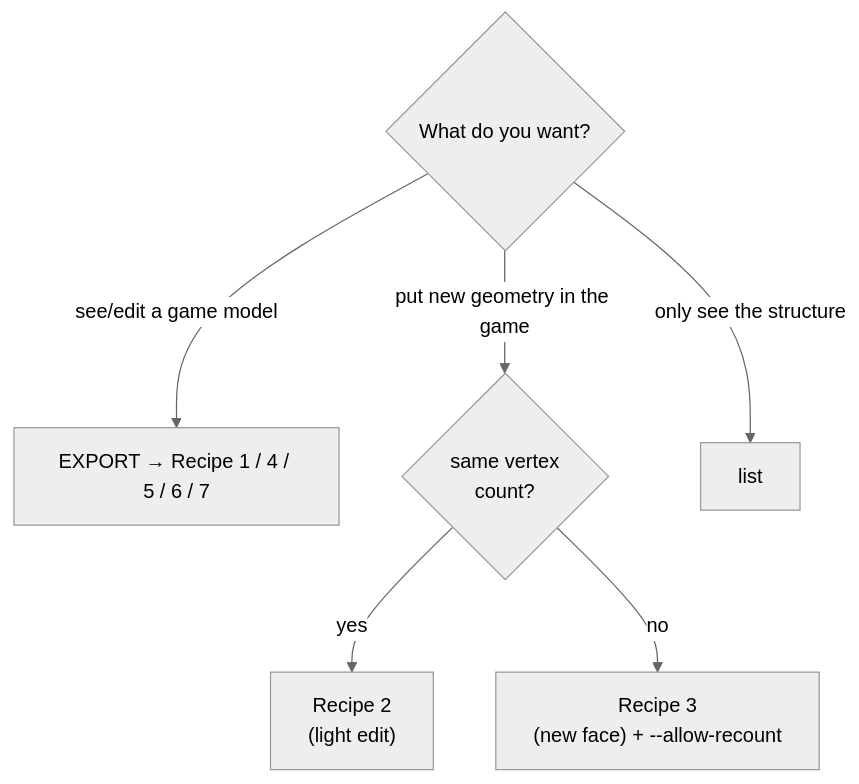
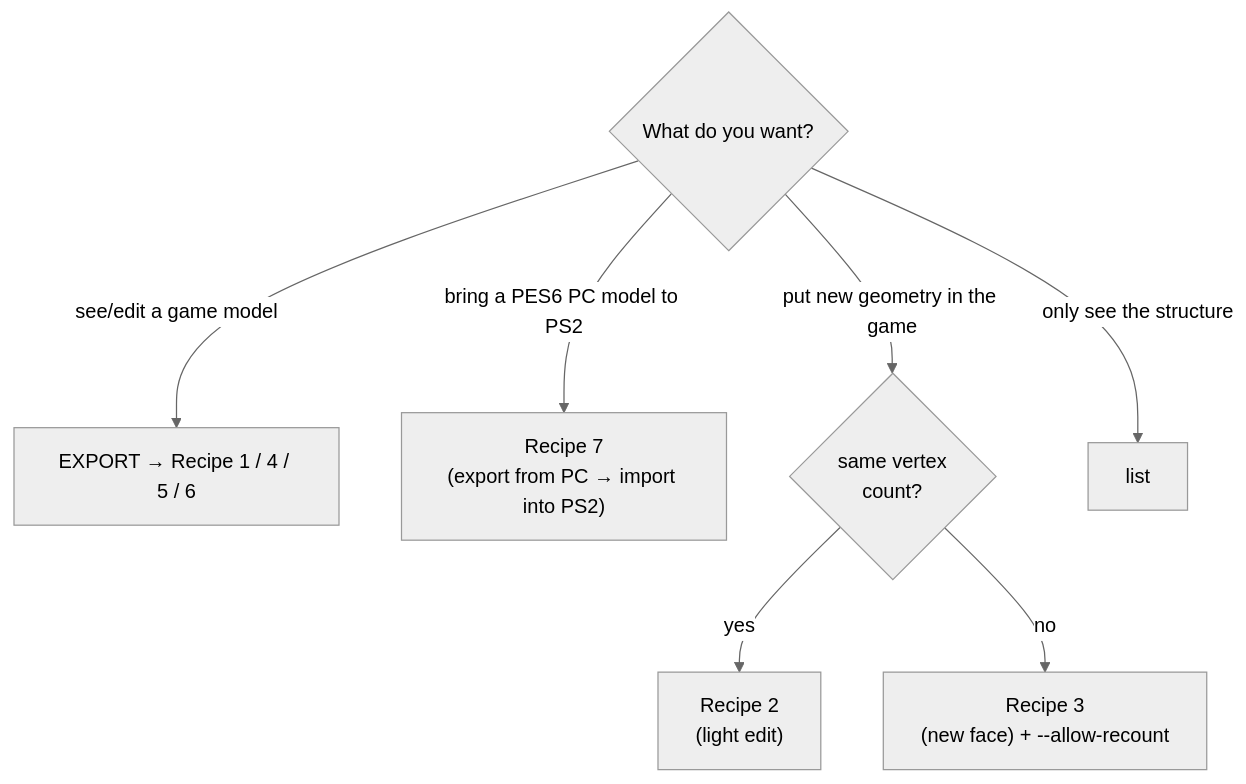
Before and after one commit to FVitor7/wepes3d: the second of 3 diagrams in docs/00-user-guide.md, drawn with Mermaid (neutral theme). The commit also changed other lines of this file and 4 other files, not shown here.

First line of the commit message:
Make the project goal clear: import new 3D models into PES PS2

````diff
--- a/docs/00-user-guide.md
+++ b/docs/00-user-guide.md
@@ -43,9 +45,10 @@
 ```mermaid
 flowchart TD
     Q1{"What do you want?"}
-    Q1 -->|"see/edit a game model"| EXP["EXPORT → Recipe 1 / 4 / 5 / 6 / 7"]
+    Q1 -->|"see/edit a game model"| EXP["EXPORT → Recipe 1 / 4 / 5 / 6"]
+    Q1 -->|"bring a PES6 PC model to PS2"| R7["Recipe 7<br/>(export from PC → import into PS2)"]
     Q1 -->|"put new geometry in the game"| Q2{"same vertex<br/>count?"}
     Q2 -->|yes| R2["Recipe 2<br/>(light edit)"]
     Q2 -->|no| R3["Recipe 3<br/>(new face) + --allow-recount"]
     Q1 -->|"only see the structure"| LST["list"]
 ```
````
